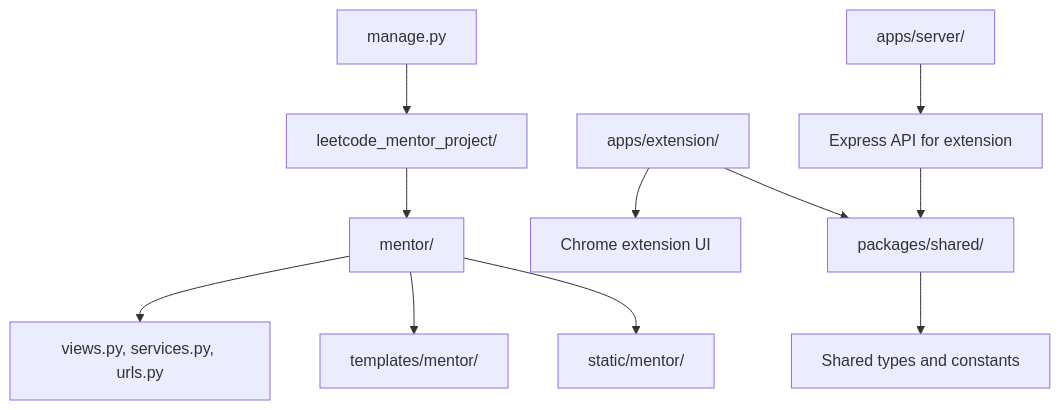
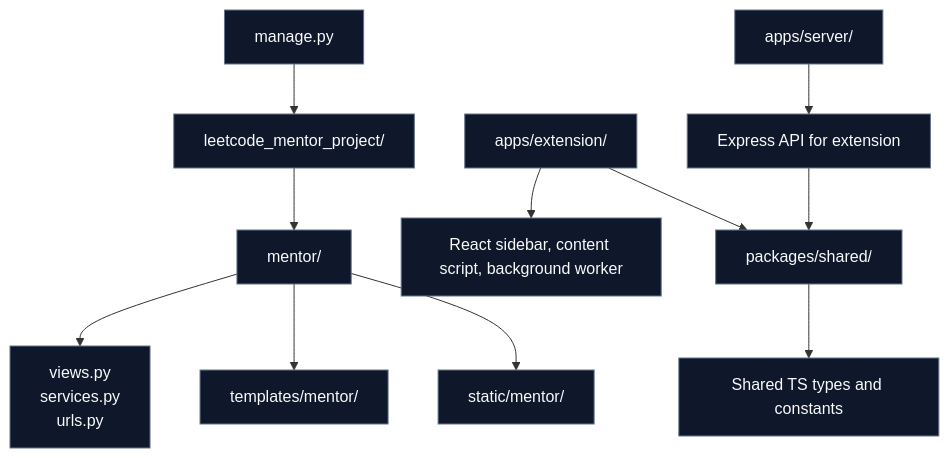
One commit to Harshpreet1729/LeetMentor changed the seventh of 8 diagrams in README.md. Above: the diagram before and after it, drawn with Mermaid. The commit also changed other lines of this file, not shown here.

Commit message:
Redesign README with architecture diagrams

````diff
--- a/README.md
+++ b/README.md
@@ -197,15 +228,18 @@
 ```mermaid
 flowchart TD
     A["manage.py"] --> B["leetcode_mentor_project/"]
     B --> C["mentor/"]
-    C --> D["views.py, services.py, urls.py"]
+    C --> D["views.py<br/>services.py<br/>urls.py"]
     C --> E["templates/mentor/"]
     C --> F["static/mentor/"]
 
     G["apps/server/"] --> H["Express API for extension"]
-    I["apps/extension/"] --> J["Chrome extension UI"]
-    K["packages/shared/"] --> L["Shared types and constants"]
+    I["apps/extension/"] --> J["React sidebar, content script, background worker"]
+    K["packages/shared/"] --> L["Shared TS types and constants"]
 
     H --> K
     I --> K
+
+    classDef node fill:#0f172a,stroke:#64748b,color:#f8fafc;
+    class A,B,C,D,E,F,G,H,I,J,K,L node;
 ```
````
